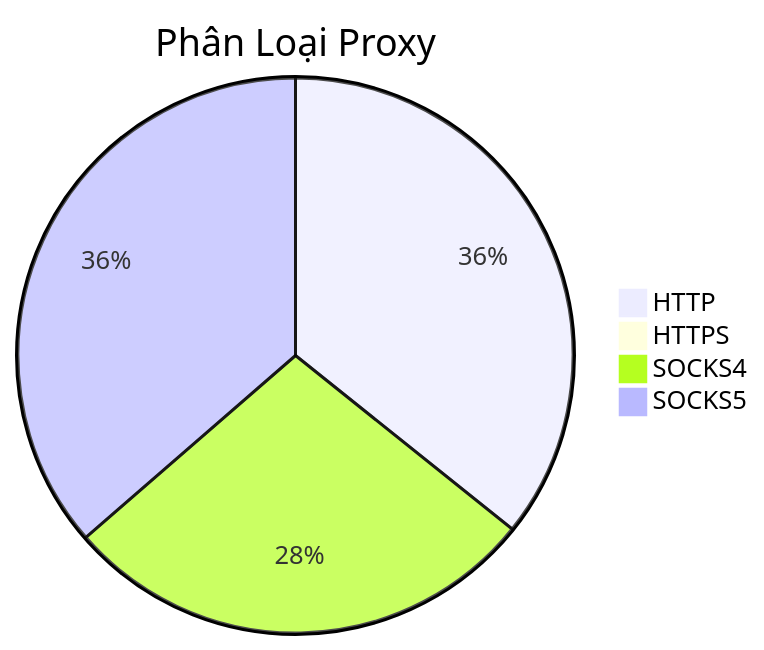
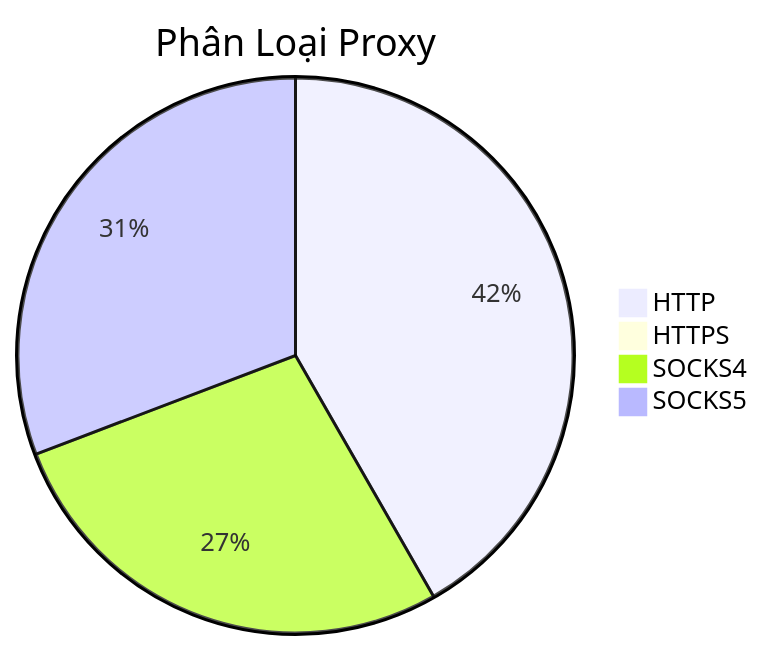
One commit to Ciara-12/PROXY-free changed the diagram in README.md. Above: the diagram before and after it, drawn with Mermaid. The commit also changed other lines of this file and 3 other files, not shown here.

````diff
--- a/README.md
+++ b/README.md
@@ -26,7 +26,7 @@
 ```mermaid
 pie title Phân Loại Proxy
-    "HTTP" : 627
+    "HTTP" : 698
     "HTTPS" : 0
-    "SOCKS4" : 489
-    "SOCKS5" : 638
+    "SOCKS4" : 460
+    "SOCKS5" : 515
 ```
````
